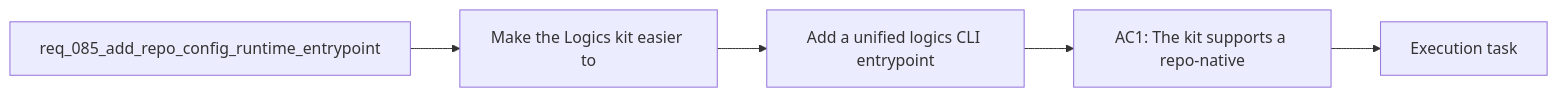
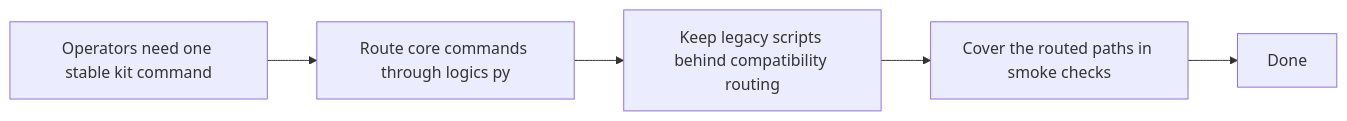
Before and after one commit to AlexAgo83/logics-manager: the diagram in logics/backlog/item_130_add_a_unified_logics_cli_entrypoint_with_compatibility_routing.md, drawn with Mermaid. The commit also changed other lines of this file and 7 other files, not shown here.

Commit message:
Finish req_085 runtime delivery and close task_097

````diff
--- a/logics/backlog/item_130_add_a_unified_logics_cli_entrypoint_with_compatibility_routing.md
+++ b/logics/backlog/item_130_add_a_unified_logics_cli_entrypoint_with_compatibility_routing.md
@@ -22,9 +25,9 @@
 ```mermaid
 %% logics-kind: backlog
-%% logics-signature: backlog|add-a-unified-logics-cli-entrypoint-with|req-082-strengthen-logics-kit-primitives|make-the-logics-kit-easier-to|ac1-the-kit-supports-a-repo-native
+%% logics-signature: backlog|add-a-unified-logics-cli-entrypoint-with|req-085-add-repo-config-runtime-entrypoi|operators-still-had-to-remember-several|ac1-a-top-level-logics-py-entrypoint-exi
 flowchart LR
-    Request[req_085_add_repo_config_runtime_entrypoint] --> Problem[Make the Logics kit easier to]
-    Problem --> Scope[Add a unified logics CLI entrypoint]
-    Scope --> Acceptance[AC1: The kit supports a repo-native]
-    Acceptance --> Tasks[Execution task]
+    Need[Operators need one stable kit command] --> Route[Route core commands through logics py]
+    Route --> Compat[Keep legacy scripts behind compatibility routing]
+    Compat --> Smoke[Cover the routed paths in smoke checks]
+    Smoke --> Done[Done]
 ```
````
